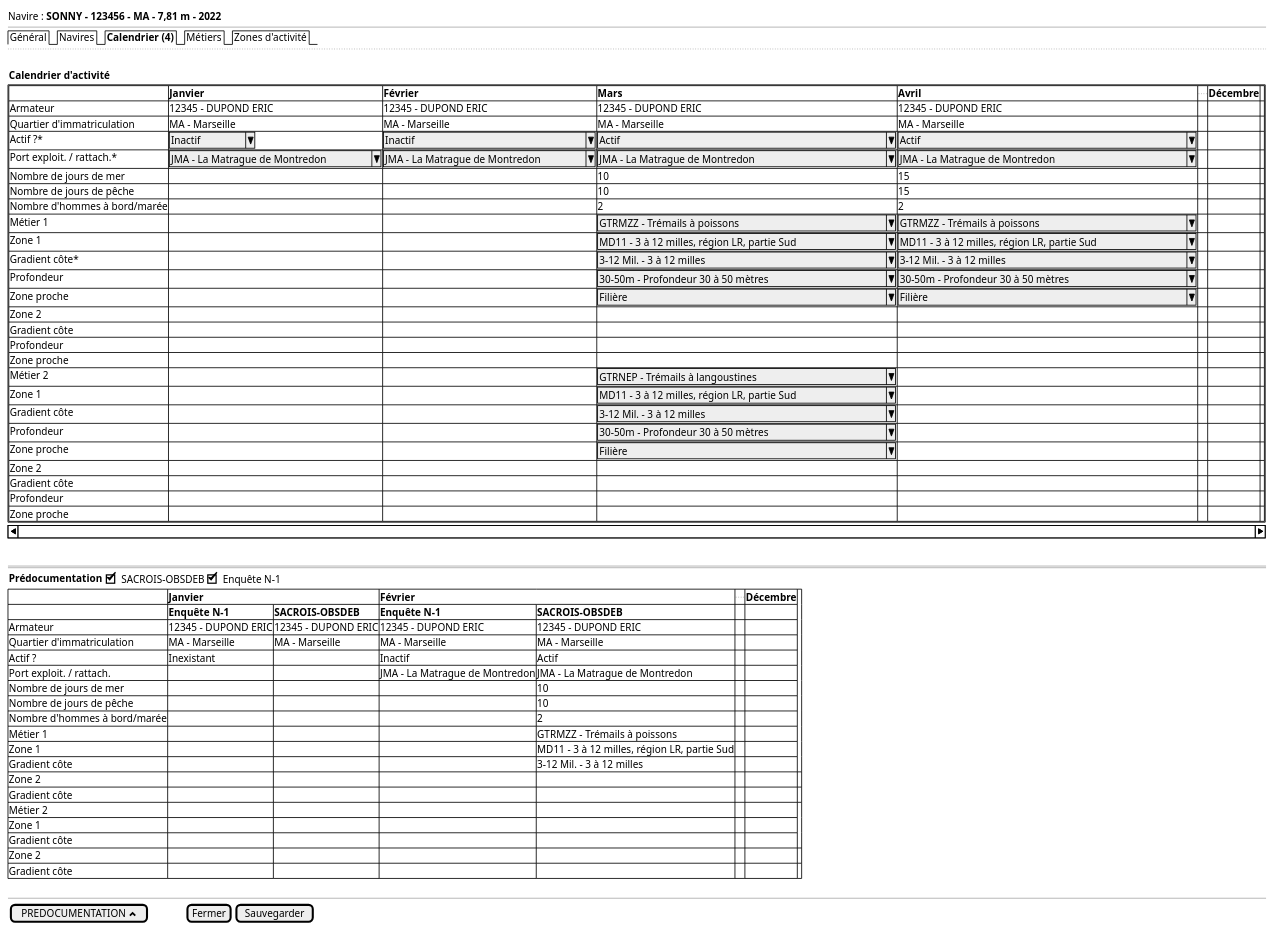
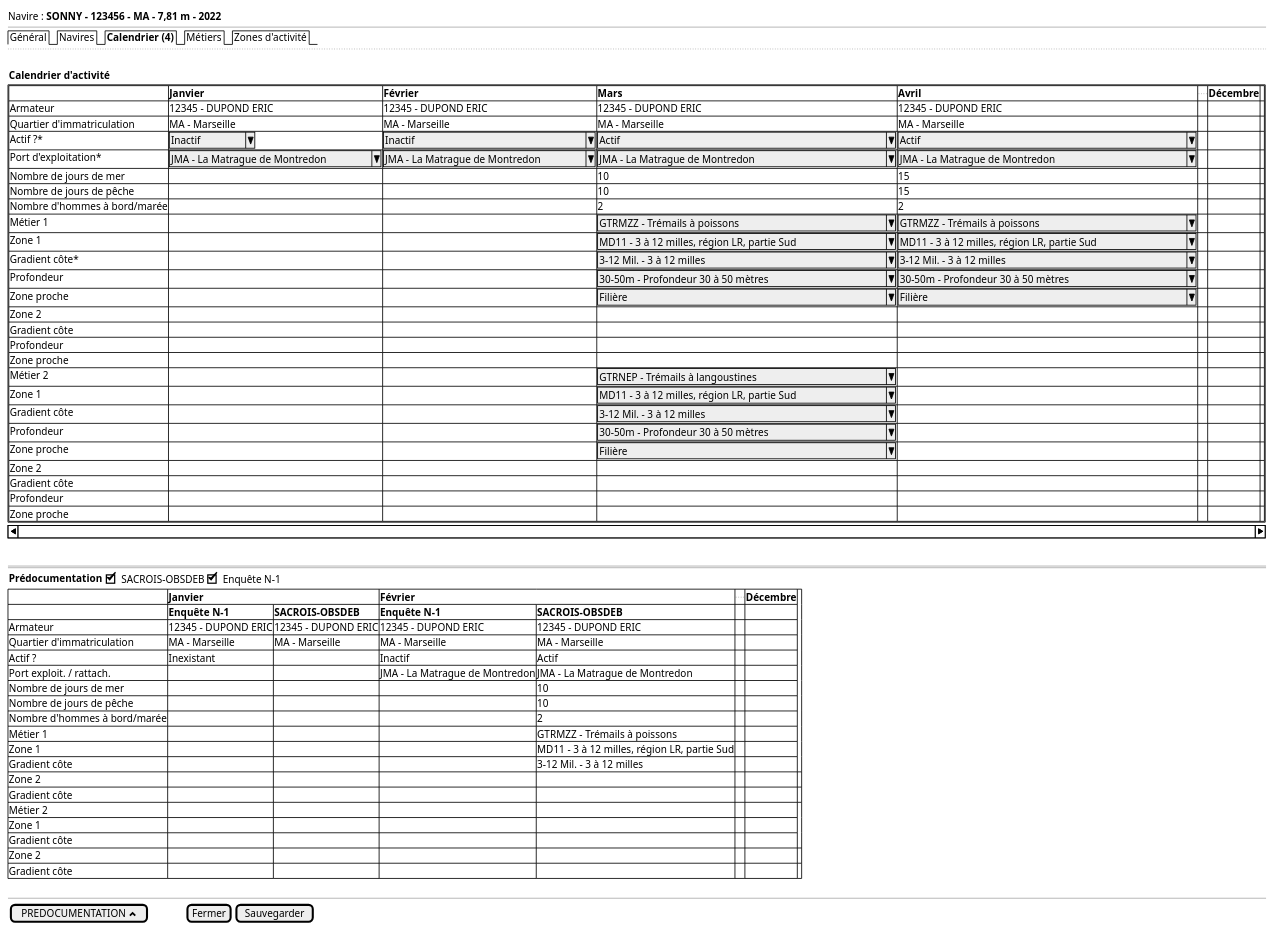
Before and after one commit to sumaris-net/sumaris-doc: the diagram in projects/activity-calendar/spe/images/activity-calendar-new.puml, drawn with PlantUML. The commit also changed 6 other files, not shown here.

```diff
--- a/projects/activity-calendar/spe/images/activity-calendar-new.puml
+++ b/projects/activity-calendar/spe/images/activity-calendar-new.puml
@@ -1,69 +1,69 @@
 @startsalt
 {
   Navire : <b>SONNY - 123456 - MA - 7,81 m - 2022
   --
   {/ Général | Navires | <b>Calendrier (4) | Métiers | Zones d'activité}
   ..
   .
 
 
   {<b>Calendrier d'activité}
 	{S-
 	{#
      . | <b>Janvier | <b>Février | <b>Mars | <b>Avril| ... | <b>Décembre
      Armateur | 12345 - DUPOND ERIC | 12345 - DUPOND ERIC | 12345 - DUPOND ERIC | 12345 - DUPOND ERIC | . | . | .
      Quartier d'immatriculation | MA - Marseille | MA - Marseille | MA - Marseille | MA - Marseille | . | . | .
      Actif ?* | ^Inactif    ^| ^Inactif                       ^| ^Actif                                      ^ | ^Actif                                      ^| . | . | .
-     Port exploit. / rattach.* | ^JMA - La Matrague de Montredon^ | ^JMA - La Matrague de Montredon^ | ^JMA - La Matrague de Montredon             ^ | ^JMA - La Matrague de Montredon             ^| . | . | .
+     Port d'exploitation* | ^JMA - La Matrague de Montredon^ | ^JMA - La Matrague de Montredon^ | ^JMA - La Matrague de Montredon             ^ | ^JMA - La Matrague de Montredon             ^| . | . | .
      Nombre de jours de mer | . | . | 10 | 15 | . | . | .
      Nombre de jours de pêche | . | . | 10 | 15 | . | . | .
      Nombre d'hommes à bord/marée | . | . | 2 | 2 | . | . | .
      Métier 1 | . | . | ^GTRMZZ - Trémails à poissons               ^ | ^GTRMZZ - Trémails à poissons               ^ | . | . | .
      Zone 1 | . | . | ^MD11 - 3 à 12 milles, région LR, partie Sud^| ^MD11 - 3 à 12 milles, région LR, partie Sud^ | . | . | .
      Gradient côte* | . | . | ^3-12 Mil. - 3 à 12 milles                  ^| ^3-12 Mil. - 3 à 12 milles                  ^ | . | . | .
      Profondeur | . | . | ^30-50m - Profondeur 30 à 50 mètres         ^ | ^30-50m - Profondeur 30 à 50 mètres         ^ | . | . | .
      Zone proche | . | . | ^Filière                                    ^ | ^Filière                                    ^ | . | . | .
      Zone 2 | . | . | . | . | . | .
      Gradient côte | . | . | . | . | . | . | .
      Profondeur | . | . | . | . | . | . | .
      Zone proche | . | . | . | . | . | . | .
      Métier 2 | . | . | ^GTRNEP - Trémails à langoustines           ^ | . | . | . | .
      Zone 1 | . | . | ^MD11 - 3 à 12 milles, région LR, partie Sud^|.| . | . | .
      Gradient côte | . | . | ^3-12 Mil. - 3 à 12 milles                  ^|.| . | . | .
      Profondeur | . | . | ^30-50m - Profondeur 30 à 50 mètres         ^|.| . | . | .
      Zone proche | . | . | ^Filière                                    ^|.| . | . | .
      Zone 2 | . | . | . | . | . | . | .
      Gradient côte | . | . | . | . | . | . | .
      Profondeur | . | . | . | . | . | . | .
      Zone proche | . | . | . | . | . | . | .
     }
     }
     .
     ==
   {<b>Prédocumentation</b> {[X]SACROIS-OBSDEB | [X]Enquête N-1 }}
   	{#
      . | <b>Janvier | * | <b>Février | * | ... | <b>Décembre
      . | <b>Enquête N-1 | <b>SACROIS-OBSDEB | <b>Enquête N-1 | <b>SACROIS-OBSDEB | . | .
      Armateur | 12345 - DUPOND ERIC | 12345 - DUPOND ERIC | 12345 - DUPOND ERIC | 12345 - DUPOND ERIC | . | .
      Quartier d'immatriculation | MA - Marseille | MA - Marseille | MA - Marseille | MA - Marseille | . | .
      Actif ? | Inexistant | . | Inactif | Actif | . | .
      Port exploit. / rattach. | . | . | JMA - La Matrague de Montredon | JMA - La Matrague de Montredon | . | .
      Nombre de jours de mer | . | . | . | 10 | . | .
      Nombre de jours de pêche | . | . | . | 10 | . | .
      Nombre d'hommes à bord/marée | . | . | . | 2 | . | .
      Métier 1 | . | . | .| GTRMZZ - Trémails à poissons | . | .
      Zone 1 | . | . | .| MD11 - 3 à 12 milles, région LR, partie Sud | . | .
      Gradient côte | . | . | .| 3-12 Mil. - 3 à 12 milles | . | .
      Zone 2 | . | . | . | . | . | . | .
      Gradient côte | . | . | . | . | . | . | .
      Métier 2 | . | . | . | . | . | .
      Zone 1 | . | . | . | . | . | .
      Gradient côte | . | . | . | . | . | .
      Zone 2 | . | . | . | . | . | . | .
      Gradient côte | . | . | . | . | . | . | .
      }
      .
   --
   { [PREDOCUMENTATION <&chevron-top> ] | . | . | . | . | . | . | . | . | [Fermer] | [Sauvegarder] }
 }
 @endsalt
```
